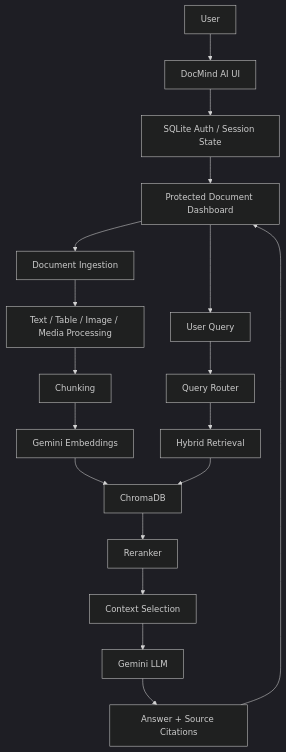
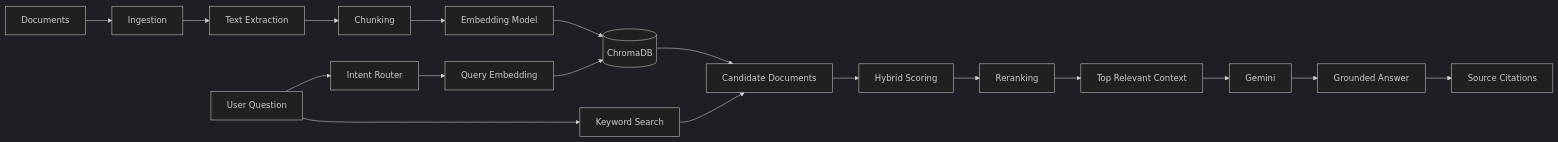
One commit to Pravin-05/DocMind-AI changed the second of 2 diagrams in README.md. Above: the diagram before and after it, drawn with Mermaid (dark theme). The commit also changed other lines of this file, not shown here.

Commit message:
docs: create polished DocMind AI README

````diff
--- a/README.md
+++ b/README.md
@@ -39,20 +167,36 @@
 ```mermaid
-flowchart TD
-    A[User] --> B[DocMind AI UI]
-    B --> AUTH[SQLite Auth / Session State]
-    AUTH --> C[Protected Document Dashboard]
-    C --> D[Document Ingestion]
-    D --> E[Text / Table / Image / Media Processing]
-    E --> F[Chunking]
-    F --> G[Gemini Embeddings]
-    G --> H[ChromaDB]
-    C --> I[User Query]
-    I --> J[Query Router]
-    J --> K[Hybrid Retrieval]
-    K --> H
-    H --> L[Reranker]
-    L --> M[Context Selection]
-    M --> N[Gemini LLM]
-    N --> O[Answer + Source Citations]
-    O --> C
+flowchart LR
+
+    A[Documents] --> B[Ingestion]
+
+    B --> C[Text Extraction]
+
+    C --> D[Chunking]
+
+    D --> E[Embedding Model]
+
+    E --> F[(ChromaDB)]
+
+    G[User Question] --> H[Intent Router]
+
+    H --> I[Query Embedding]
+
+    I --> F
+
+    G --> J[Keyword Search]
+
+    F --> K[Candidate Documents]
+    J --> K
+
+    K --> L[Hybrid Scoring]
+
+    L --> M[Reranking]
+
+    M --> N[Top Relevant Context]
+
+    N --> O[Gemini]
+
+    O --> P[Grounded Answer]
+
+    P --> Q[Source Citations]
 ```
````
